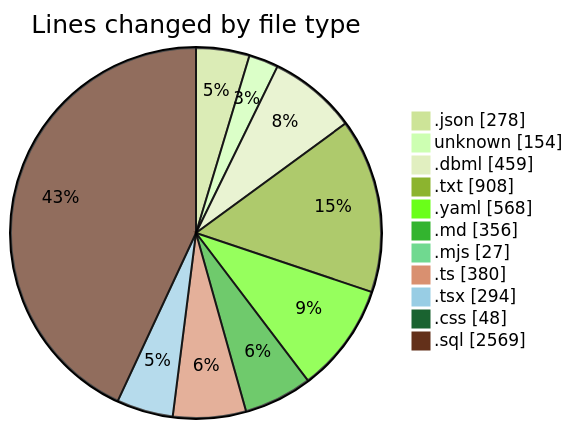
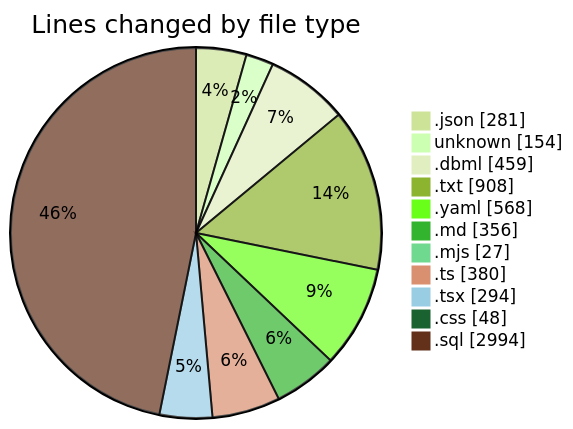
The first of 2 diagrams in 2025-10-02/oura-api/README.md (mevix1/code-tracking), drawn with Mermaid (forest theme) before and after one commit. The commit also changed other lines of this file and 1 other file, not shown here.

````diff
--- a/2025-10-02/oura-api/README.md
+++ b/2025-10-02/oura-api/README.md
@@ -64,15 +65,15 @@
 ```mermaid
 pie showData
 title Lines changed by file type
-".json" : 278
+".json" : 281
 "unknown" : 154
 ".dbml" : 459
 ".txt" : 908
 ".yaml" : 568
 ".md" : 356
 ".mjs" : 27
 ".ts" : 380
 ".tsx" : 294
 ".css" : 48
-".sql" : 2569
+".sql" : 2994
 ```
````
